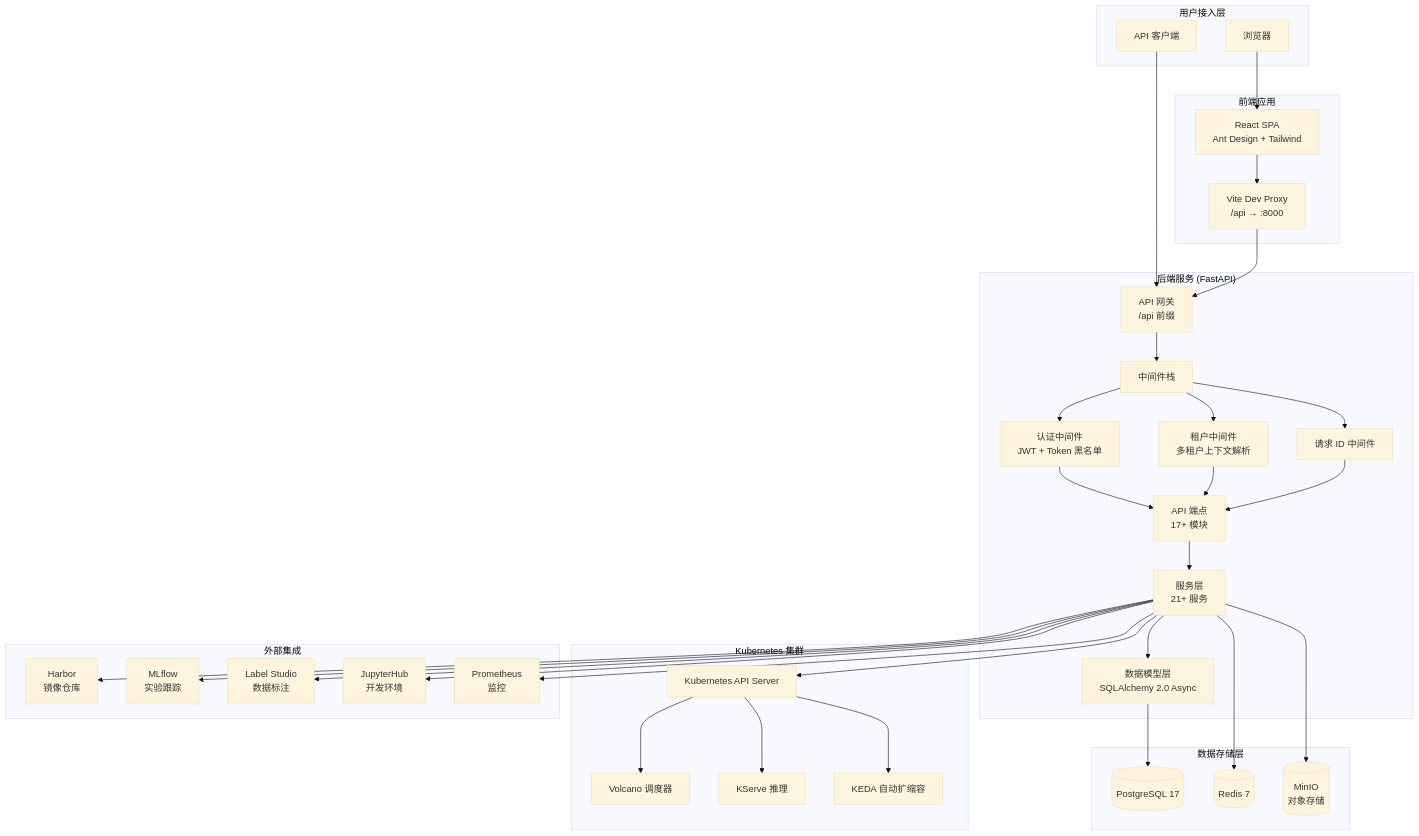
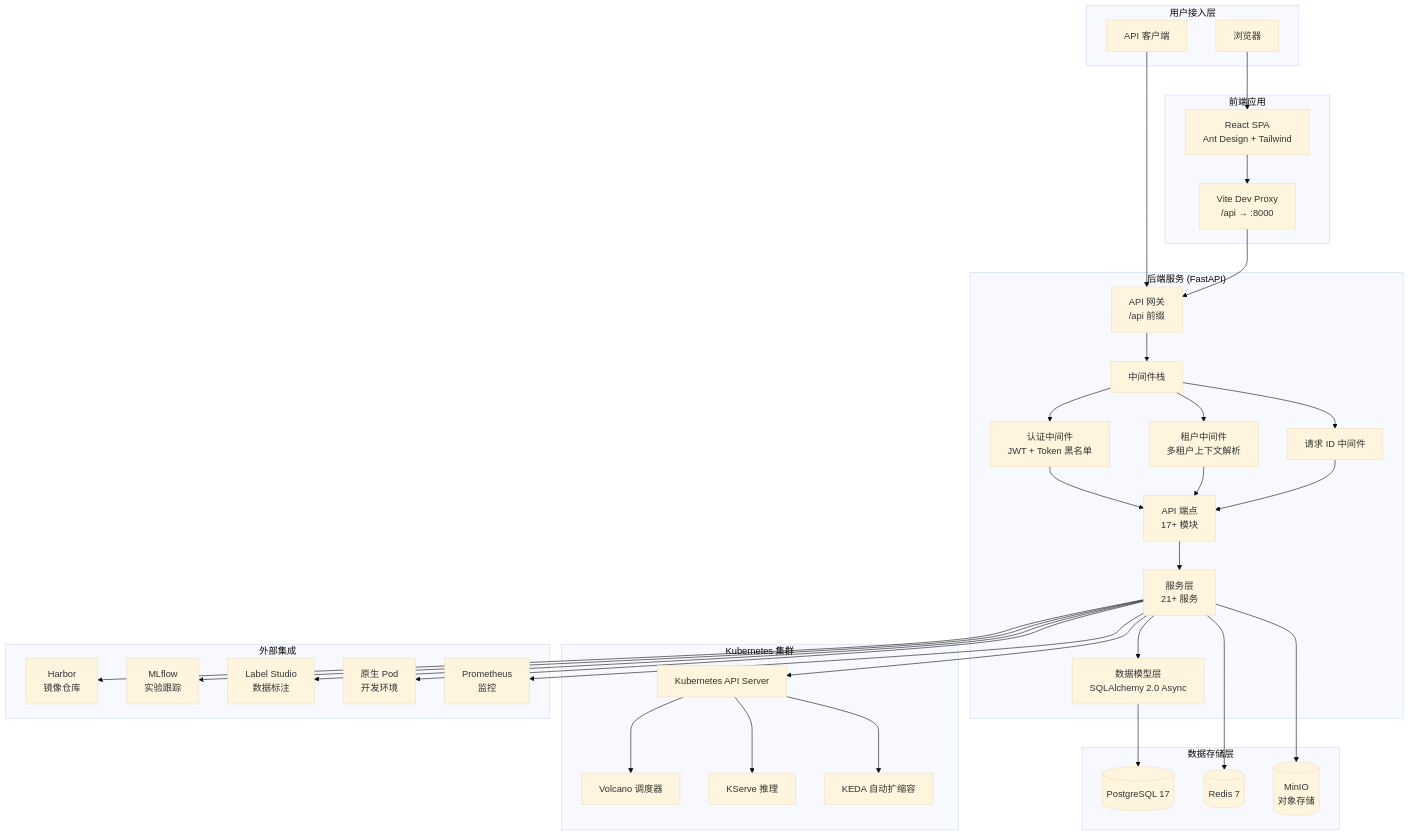
The first of 2 diagrams in docs/architecture/overview.md (noimank/KubeAI), drawn with Mermaid (base theme) before and after one commit. The commit also changed other lines of this file and 22 other files, not shown here.

First line of the commit message:
🏗️ refactor: 开发环境由 JupyterHub 迁移至原生 K8s Pod + APISIX 路由

````diff
--- a/docs/architecture/overview.md
+++ b/docs/architecture/overview.md
@@ -5,67 +5,67 @@
 ```mermaid
 graph TB
     subgraph "用户接入层"
         Browser[浏览器]
         API_CLIENT[API 客户端]
     end
 
     subgraph "前端应用"
         REACT[React SPA<br/>Ant Design + Tailwind]
         REACT --> API_PROXY[Vite Dev Proxy<br/>/api → :8000]
     end
 
     subgraph "后端服务 (FastAPI)"
         API[API 网关<br/>/api 前缀]
         API --> MW[中间件栈]
         MW --> AUTH_MW[认证中间件<br/>JWT + Token 黑名单]
         MW --> TENANT_MW[租户中间件<br/>多租户上下文解析]
         MW --> REQ_MW[请求 ID 中间件]
 
         AUTH_MW --> ENDPOINTS[API 端点<br/>17+ 模块]
         TENANT_MW --> ENDPOINTS
         REQ_MW --> ENDPOINTS
 
         ENDPOINTS --> SERVICES[服务层<br/>21+ 服务]
         SERVICES --> MODELS[数据模型层<br/>SQLAlchemy 2.0 Async]
     end
 
     subgraph "数据存储层"
         PG[(PostgreSQL 17)]
         REDIS[(Redis 7)]
         MINIO[(MinIO<br/>对象存储)]
     end
 
     subgraph "Kubernetes 集群"
         K8S_API[Kubernetes API Server]
         VOLCANO[Volcano 调度器]
         KSERVE[KServe 推理]
         KEDA[KEDA 自动扩缩容]
     end
 
     subgraph "外部集成"
         HARBOR[Harbor<br/>镜像仓库]
         MLFLOW[MLflow<br/>实验跟踪]
         LABEL_STUDIO[Label Studio<br/>数据标注]
-        JUPYTER[JupyterHub<br/>开发环境]
+        DEVPOD[原生 Pod<br/>开发环境]
         PROMETHEUS[Prometheus<br/>监控]
     end
 
     Browser --> REACT
     API_CLIENT --> API
     API_PROXY --> API
 
     MODELS --> PG
     SERVICES --> REDIS
     SERVICES --> MINIO
 
     SERVICES --> K8S_API
     K8S_API --> VOLCANO
     K8S_API --> KSERVE
     K8S_API --> KEDA
 
     SERVICES --> HARBOR
     SERVICES --> MLFLOW
     SERVICES --> LABEL_STUDIO
-    SERVICES --> JUPYTER
+    SERVICES --> DEVPOD
     SERVICES --> PROMETHEUS
 ```
````
